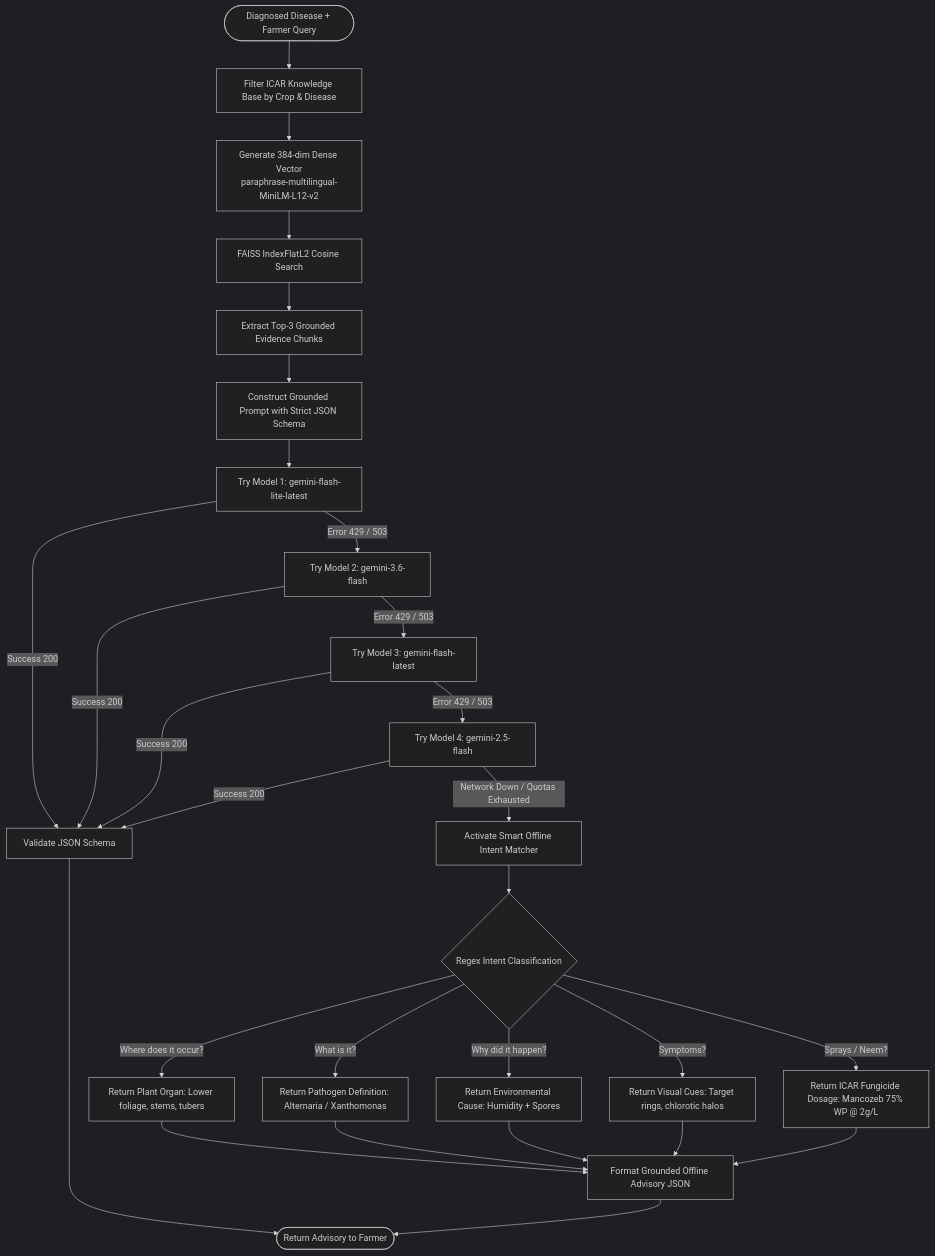
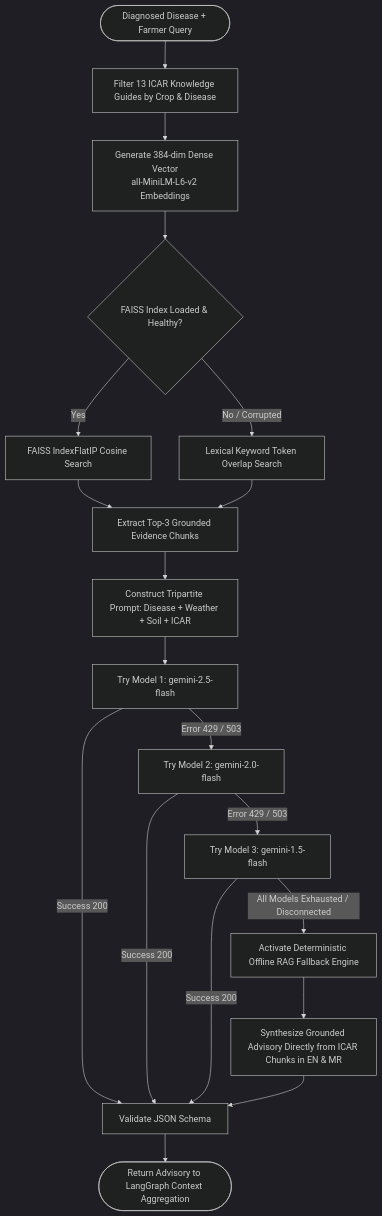
Before and after one commit to karankarpe22/AI-Agriculture-Disease-Detection-Assistant: the fourth of 5 diagrams in docs/FLOWCHART.md, drawn with Mermaid (dark theme). The commit also changed other lines of this file and 24 other files, not shown here.

````diff
--- a/docs/FLOWCHART.md
+++ b/docs/FLOWCHART.md
@@ -125,41 +151,31 @@
 ```mermaid
 flowchart TD
-    QueryIn([Diagnosed Disease + Farmer Query]) --> RAGFilter[Filter ICAR Knowledge Base by Crop & Disease]
+    QueryIn([Diagnosed Disease + Farmer Query]) --> RAGFilter[Filter 13 ICAR Knowledge Guides by Crop & Disease]
     
-    RAGFilter --> Embed[Generate 384-dim Dense Vector<br/>paraphrase-multilingual-MiniLM-L12-v2]
+    RAGFilter --> Embed[Generate 384-dim Dense Vector<br/>all-MiniLM-L6-v2 Embeddings]
     
-    Embed --> FAISSSearch[FAISS IndexFlatL2 Cosine Search]
-    FAISSSearch --> Chunks[Extract Top-3 Grounded Evidence Chunks]
+    Embed --> FAISSSearch{FAISS Index Loaded & Healthy?}
+    FAISSSearch -->|Yes| DenseSearch[FAISS IndexFlatIP Cosine Search]
+    FAISSSearch -->|No / Corrupted| KeywordSearch[Lexical Keyword Token Overlap Search]
     
-    Chunks --> PromptBuilder[Construct Grounded Prompt with Strict JSON Schema]
+    DenseSearch --> Chunks[Extract Top-3 Grounded Evidence Chunks]
+    KeywordSearch --> Chunks
     
-    PromptBuilder --> TryM1[Try Model 1: gemini-flash-lite-latest]
+    Chunks --> PromptBuilder[Construct Tripartite Prompt: Disease + Weather + Soil + ICAR]
+    
+    PromptBuilder --> TryM1[Try Model 1: gemini-2.5-flash]
     
     TryM1 -->|Success 200| ValidJSON[Validate JSON Schema]
-    TryM1 -->|Error 429 / 503| TryM2[Try Model 2: gemini-3.6-flash]
+    TryM1 -->|Error 429 / 503| TryM2[Try Model 2: gemini-2.0-flash]
     
     TryM2 -->|Success 200| ValidJSON
-    TryM2 -->|Error 429 / 503| TryM3[Try Model 3: gemini-flash-latest]
+    TryM2 -->|Error 429 / 503| TryM3[Try Model 3: gemini-1.5-flash]
     
     TryM3 -->|Success 200| ValidJSON
-    TryM3 -->|Error 429 / 503| TryM4[Try Model 4: gemini-2.5-flash]
+    TryM3 -->|All Models Exhausted / Disconnected| OfflineRAG[Activate Deterministic Offline RAG Fallback Engine]
     
-    TryM4 -->|Success 200| ValidJSON
-    TryM4 -->|Network Down / Quotas Exhausted| OfflineIntent[Activate Smart Offline Intent Matcher]
+    OfflineRAG --> SynthesizeRAG[Synthesize Grounded Advisory Directly from ICAR Chunks in EN & MR]
+    SynthesizeRAG --> ValidJSON
     
-    OfflineIntent --> DetectIntent{Regex Intent Classification}
-    DetectIntent -->|Where does it occur?| IntentWhere[Return Plant Organ: Lower foliage, stems, tubers]
-    DetectIntent -->|What is it?| IntentWhat[Return Pathogen Definition: Alternaria / Xanthomonas]
-    DetectIntent -->|Why did it happen?| IntentWhy[Return Environmental Cause: Humidity + Spores]
-    DetectIntent -->|Symptoms?| IntentSymp[Return Visual Cues: Target rings, chlorotic halos]
-    DetectIntent -->|Sprays / Neem?| IntentSpray[Return ICAR Fungicide Dosage: Mancozeb 75% WP @ 2g/L]
-    
-    IntentWhere --> FormatOffline[Format Grounded Offline Advisory JSON]
-    IntentWhat --> FormatOffline
-    IntentWhy --> FormatOffline
-    IntentSymp --> FormatOffline
-    IntentSpray --> FormatOffline
-    
-    FormatOffline --> Output([Return Advisory to Farmer])
-    ValidJSON --> Output
+    ValidJSON --> Output([Return Advisory to LangGraph Context Aggregation])
 ```
````
